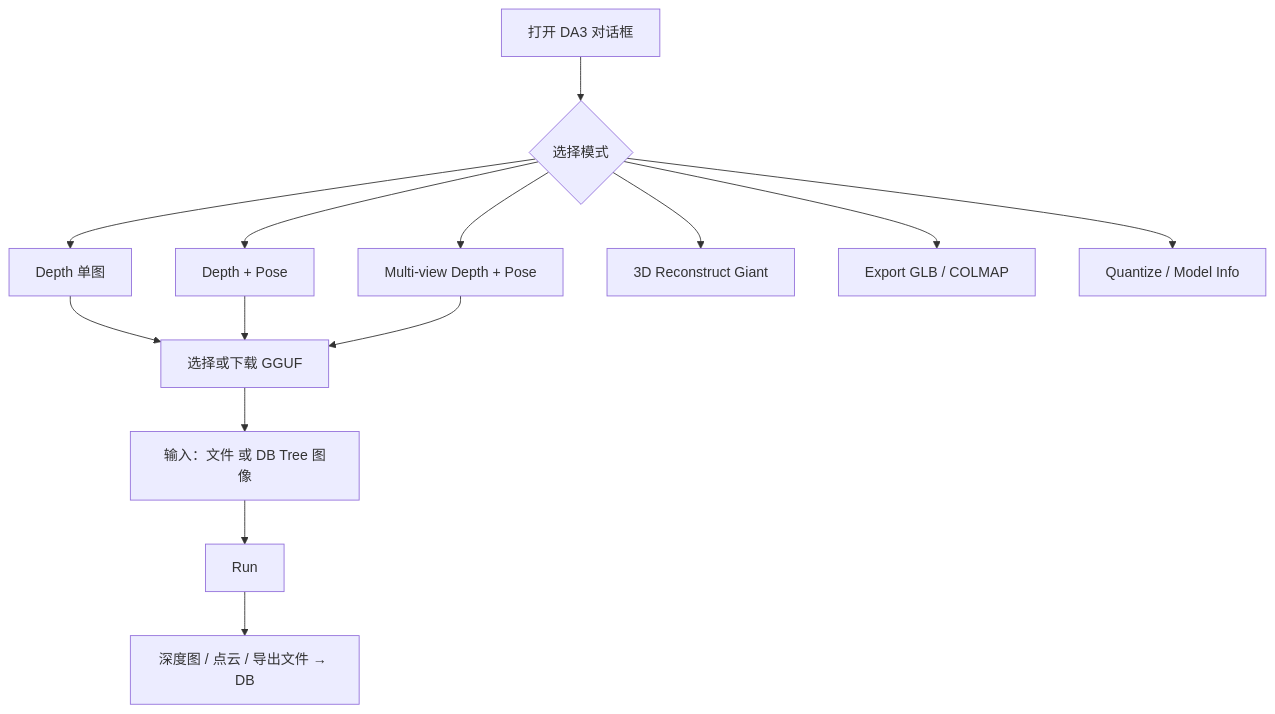
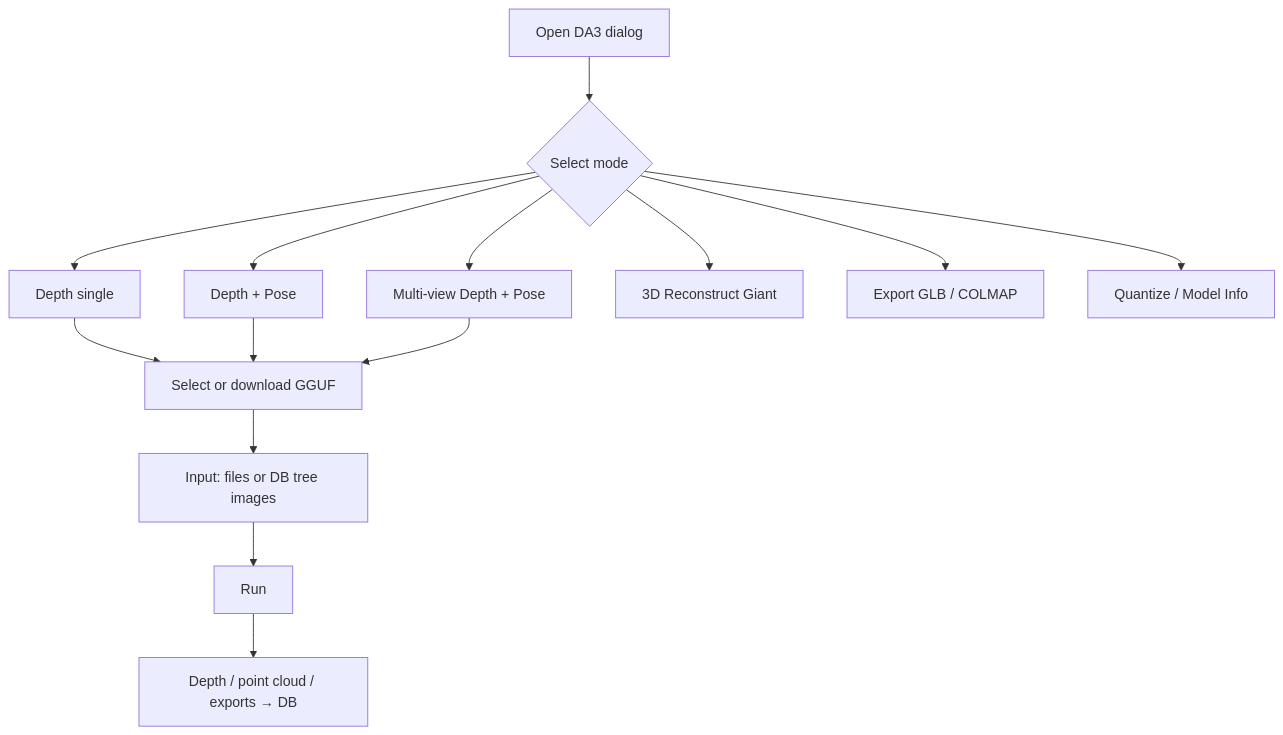
One commit to Asher-1/ACloudViewer changed the second of 2 diagrams in plugins/core/Standard/qDA3/README.md. Above: the diagram before and after it, drawn with Mermaid. The commit also changed other lines of this file and 74 other files, not shown here.

````diff
--- a/plugins/core/Standard/qDA3/README.md
+++ b/plugins/core/Standard/qDA3/README.md
@@ -43,16 +45,16 @@
 ```mermaid
 flowchart TD
-    START[打开 DA3 对话框] --> MODE{选择模式}
-    MODE --> D1[Depth 单图]
+    START[Open DA3 dialog] --> MODE{Select mode}
+    MODE --> D1[Depth single]
     MODE --> D2[Depth + Pose]
     MODE --> D3[Multi-view Depth + Pose]
     MODE --> D4[3D Reconstruct Giant]
     MODE --> D5[Export GLB / COLMAP]
     MODE --> D6[Quantize / Model Info]
-    D1 --> MODEL[选择或下载 GGUF]
+    D1 --> MODEL[Select or download GGUF]
     D2 --> MODEL
     D3 --> MODEL
-    MODEL --> INPUT[输入：文件 或 DB Tree 图像]
+    MODEL --> INPUT[Input: files or DB tree images]
     INPUT --> RUN[Run]
-    RUN --> OUT[深度图 / 点云 / 导出文件 → DB]
+    RUN --> OUT[Depth / point cloud / exports → DB]
 ```
````
